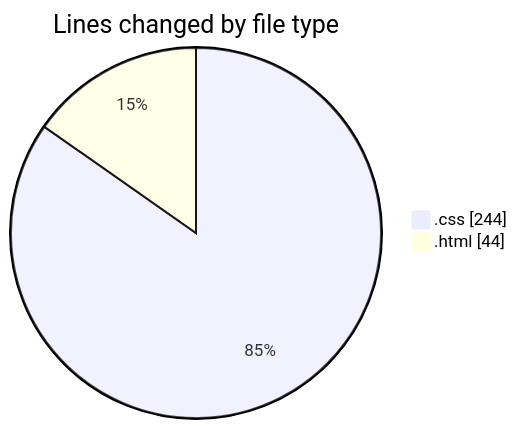
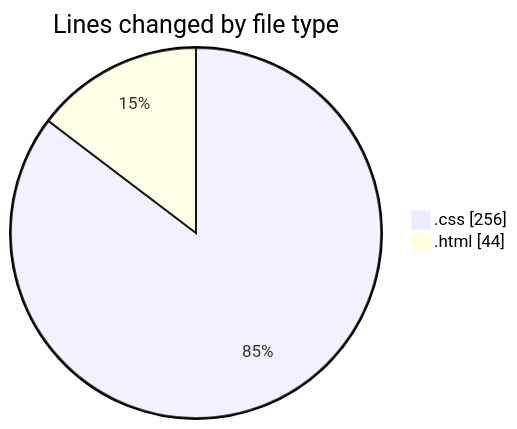
One commit to NitaiMahat/code-tracking changed the first of 2 diagrams in 2025-01-26/results-summary-component-main/README.md. Above: the diagram before and after it, drawn with Mermaid. The commit also changed other lines of this file and 1 other file, not shown here.

````diff
--- a/2025-01-26/results-summary-component-main/README.md
+++ b/2025-01-26/results-summary-component-main/README.md
@@ -21,6 +21,6 @@
 ```mermaid
 pie showData
 title Lines changed by file type
-".css" : 244
+".css" : 256
 ".html" : 44
 ```
````
